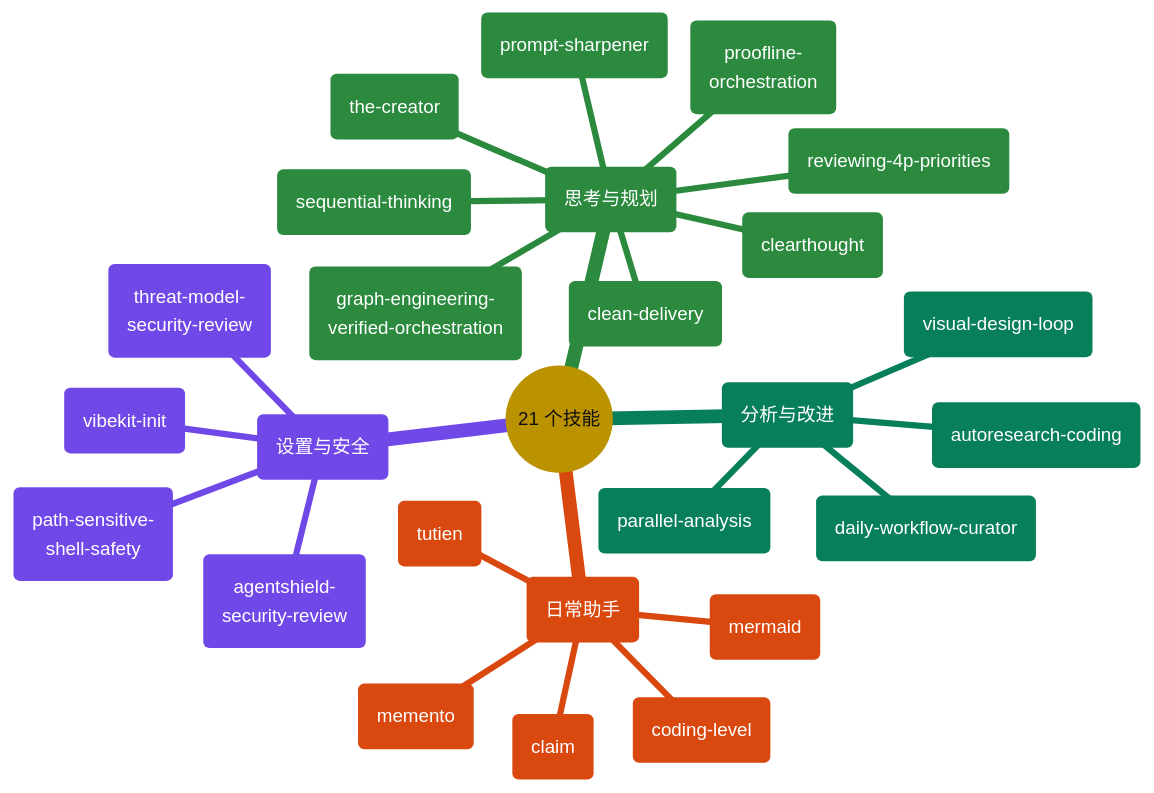
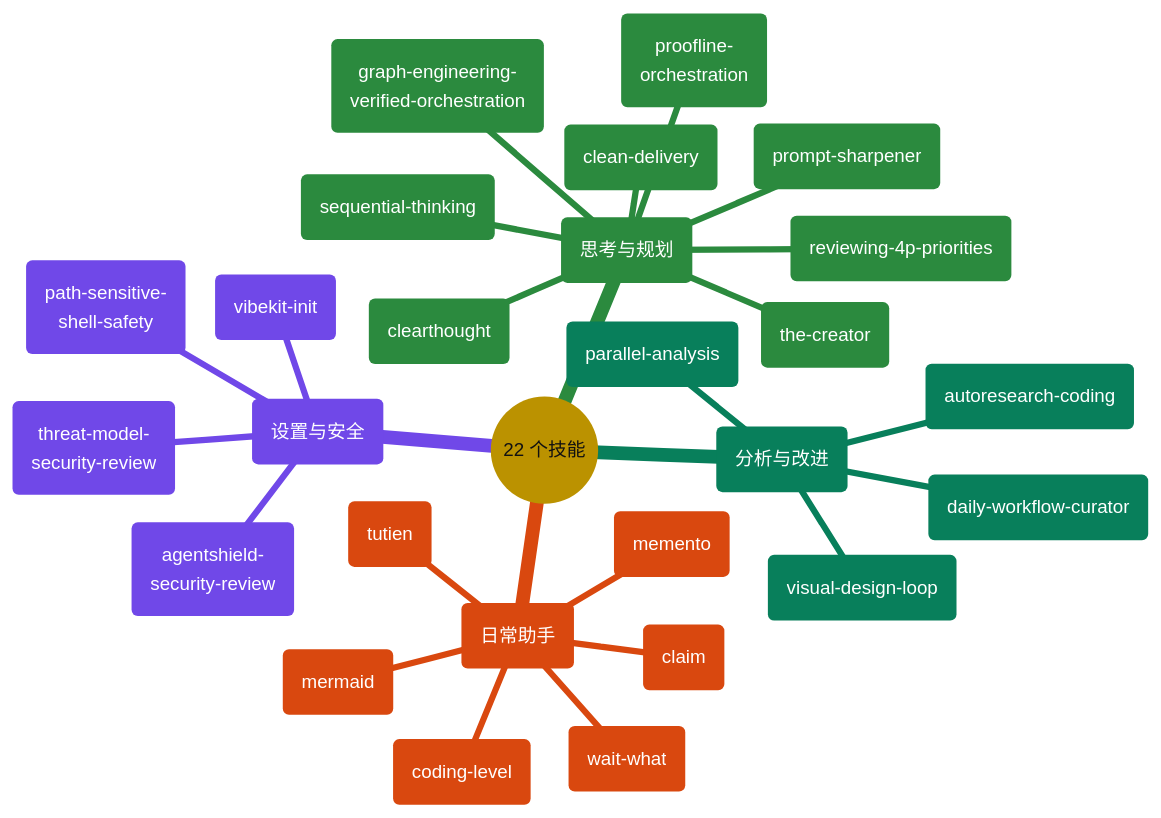
Before and after one commit to giang6283623/minimal-vibe-coding-kit: the fifth of 10 diagrams in docs/README.zh-CN.md, drawn with Mermaid. The commit also changed other lines of this file and 25 other files, not shown here.

Commit message:
add skill wait-what ASD-STE100 based on mattpocock's wait-what

````diff
--- a/docs/README.zh-CN.md
+++ b/docs/README.zh-CN.md
@@ -358,62 +358,63 @@
 ```mermaid
 ---
 config:
   theme: base
   themeCSS: >-
     .mindmap-node:not(.section-root):not(.section--1) text,
     .mindmap-node:not(.section-root):not(.section--1) tspan
     { fill: #FFFFFF !important; }
     .mindmap-node:not(.section-root):not(.section--1) div,
     .mindmap-node:not(.section-root):not(.section--1) span,
     .mindmap-node:not(.section-root):not(.section--1) p
     { color: #FFFFFF !important; }
   themeVariables:
     darkMode: false
     fontFamily: cascadia mono, consolas, noto sans mono, menlo, monospace
     fontSize: 15px
     lineColor: "#888888"
     textColor: "#111111"
     primaryColor: "#FFD43B"
     primaryTextColor: "#111111"
     primaryBorderColor: "#444444"
     cScale0: "#1971C2"
     cScale1: "#7048E8"
     cScale2: "#2B8A3E"
     cScale3: "#087F5B"
     cScale4: "#D9480F"
     cScale5: "#C2255C"
     cScaleLabel0: "#FFFFFF"
     cScaleLabel1: "#FFFFFF"
     cScaleLabel2: "#FFFFFF"
     cScaleLabel3: "#FFFFFF"
     cScaleLabel4: "#FFFFFF"
     cScaleLabel5: "#FFFFFF"
 ---
 mindmap
-  root(("21 个技能"))
+  root(("22 个技能"))
     setup("设置与安全")
       s1("vibekit-init")
       s2("agentshield-<br/>security-review")
       s3("path-sensitive-<br/>shell-safety")
       s4("threat-model-<br/>security-review")
     think("思考与规划")
       t1("clearthought")
       t2("sequential-thinking")
       t3("prompt-sharpener")
       t4("reviewing-4p-priorities")
       t5("graph-engineering-<br/>verified-orchestration")
       t6("the-creator")
       t7("proofline-<br/>orchestration")
       t8("clean-delivery")
     analyze("分析与改进")
       a1("parallel-analysis")
       a2("autoresearch-coding")
       a3("daily-workflow-curator")
       a4("visual-design-loop")
     helpers("日常助手")
       h1("memento")
       h2("coding-level")
       h3("mermaid")
       h4("claim")
       h5("tutien")
+      h6("wait-what")
 ```
````
